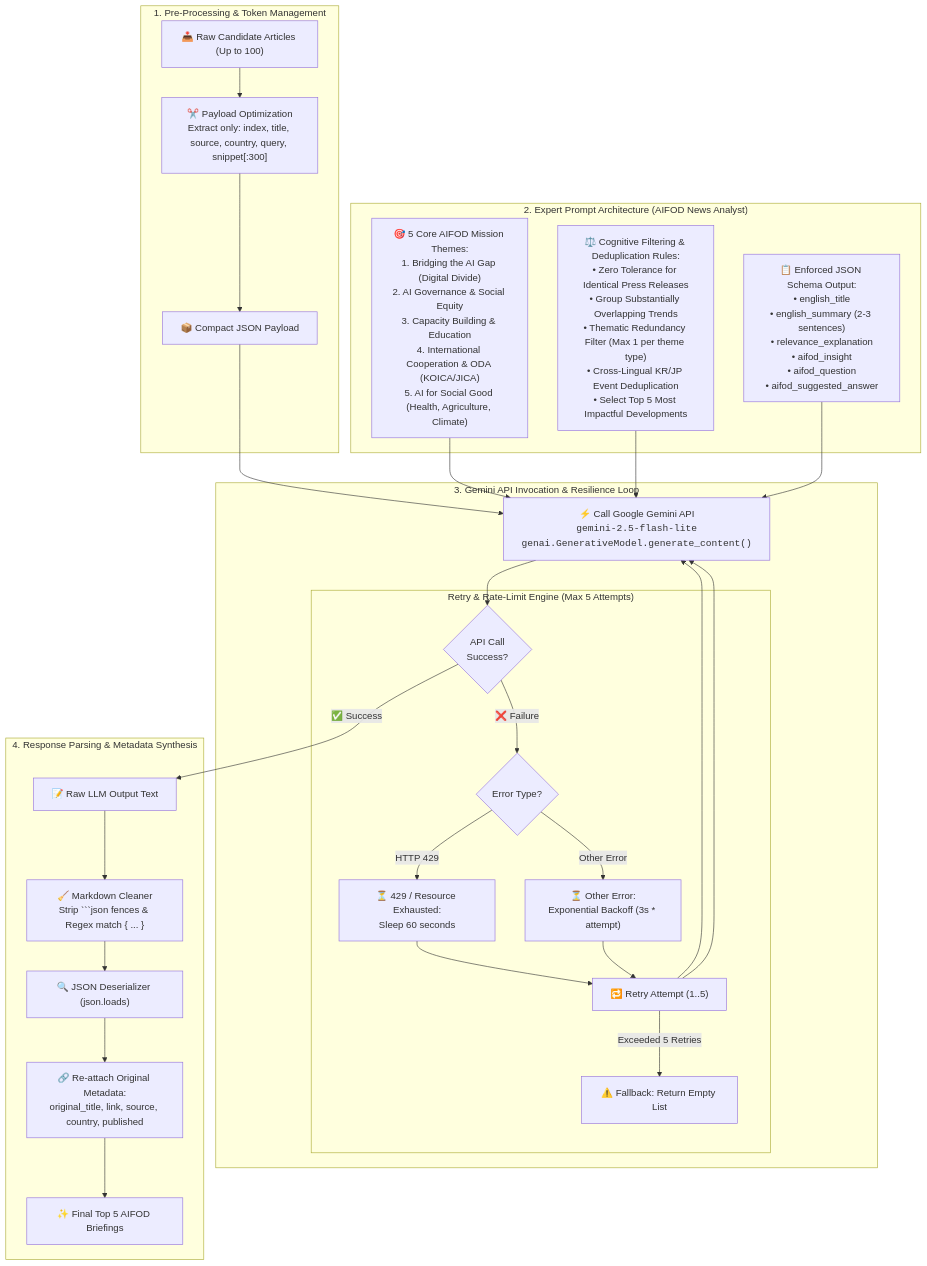
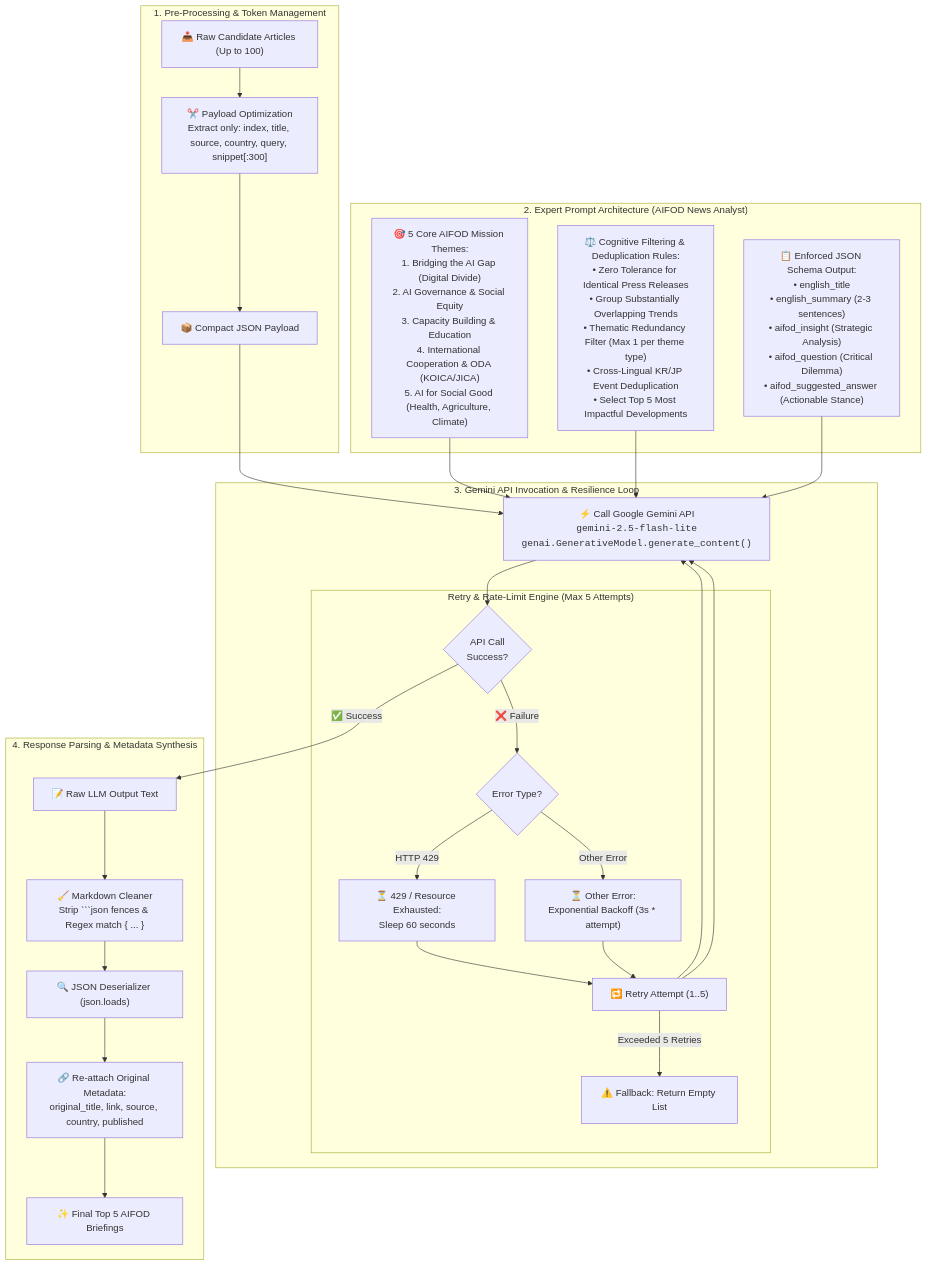
The second of 4 diagrams in README.md (henryhyunwookim/AI-news-aggregator-KRJP), drawn with Mermaid before and after one commit. The commit also changed 2 other files, not shown here.

Commit message:
Streamline news insights: remove redundant AIFOD Focus block and enforce 3 non-overlapping sections

````diff
--- a/README.md
+++ b/README.md
@@ -119,54 +119,54 @@
 ```mermaid
 flowchart TD
     %% Input Articles
     subgraph InputStage ["1. Pre-Processing & Token Management"]
         RAW_ARTICLES["📥 Raw Candidate Articles (Up to 100)"]
         MINIMIZER["✂️ Payload Optimization<br/>Extract only: index, title, source, country, query, snippet[:300]"]
         COMPACT_JSON["📦 Compact JSON Payload"]
     end
 
     %% Prompt Architecture
     subgraph PromptStage ["2. Expert Prompt Architecture (AIFOD News Analyst)"]
         P_MISSION["🎯 5 Core AIFOD Mission Themes:<br/>1. Bridging the AI Gap (Digital Divide)<br/>2. AI Governance & Social Equity<br/>3. Capacity Building & Education<br/>4. International Cooperation & ODA (KOICA/JICA)<br/>5. AI for Social Good (Health, Agriculture, Climate)"]
         
         P_RULES["⚖️ Cognitive Filtering & Deduplication Rules:<br/>• Zero Tolerance for Identical Press Releases<br/>• Group Substantially Overlapping Trends<br/>• Thematic Redundancy Filter (Max 1 per theme type)<br/>• Cross-Lingual KR/JP Event Deduplication<br/>• Select Top 5 Most Impactful Developments"]
         
-        P_SCHEMA["📋 Enforced JSON Schema Output:<br/>• english_title<br/>• english_summary (2-3 sentences)<br/>• relevance_explanation<br/>• aifod_insight<br/>• aifod_question<br/>• aifod_suggested_answer"]
+        P_SCHEMA["📋 Enforced JSON Schema Output:<br/>• english_title<br/>• english_summary (2-3 sentences)<br/>• aifod_insight (Strategic Analysis)<br/>• aifod_question (Critical Dilemma)<br/>• aifod_suggested_answer (Actionable Stance)"]
     end
 
     %% Execution & Resilience Engine
     subgraph ExecutionStage ["3. Gemini API Invocation & Resilience Loop"]
         CALL_GEMINI["⚡ Call Google Gemini API<br/><code>gemini-2.5-flash-lite</code><br/><code>genai.GenerativeModel.generate_content()</code>"]
         
         subgraph ErrorHandling ["Retry & Rate-Limit Engine (Max 5 Attempts)"]
             CHECK_RESP{"API Call<br/>Success?"}
             RATE_LIMIT{"Error Type?"}
             WAIT_429["⏳ 429 / Resource Exhausted:<br/>Sleep 60 seconds"]
             WAIT_EXP["⏳ Other Error:<br/>Exponential Backoff (3s * attempt)"]
             RETRY["🔁 Retry Attempt (1..5)"]
             FAIL_SAFE["⚠️ Fallback: Return Empty List"]
         end
     end
 
     %% JSON Extraction & Synthesis
     subgraph ExtractionStage ["4. Response Parsing & Metadata Synthesis"]
         RAW_TEXT["📝 Raw LLM Output Text"]
         STRIP_MD["🧹 Markdown Cleaner<br/>Strip ```json fences & Regex match { ... }"]
         JSON_PARSE["🔍 JSON Deserializer (json.loads)"]
         MERGE_META["🔗 Re-attach Original Metadata:<br/>original_title, link, source, country, published"]
         FINAL_TOP5["✨ Final Top 5 AIFOD Briefings"]
     end
 
     %% Connections
     RAW_ARTICLES --> MINIMIZER --> COMPACT_JSON
     COMPACT_JSON & P_MISSION & P_RULES & P_SCHEMA --> CALL_GEMINI
     
     CALL_GEMINI --> CHECK_RESP
     CHECK_RESP -- "❌ Failure" --> RATE_LIMIT
     RATE_LIMIT -- "HTTP 429" --> WAIT_429 --> RETRY --> CALL_GEMINI
     RATE_LIMIT -- "Other Error" --> WAIT_EXP --> RETRY --> CALL_GEMINI
     RETRY -- "Exceeded 5 Retries" --> FAIL_SAFE
     
     CHECK_RESP -- "✅ Success" --> RAW_TEXT
     RAW_TEXT --> STRIP_MD --> JSON_PARSE --> MERGE_META --> FINAL_TOP5
 ```
````
